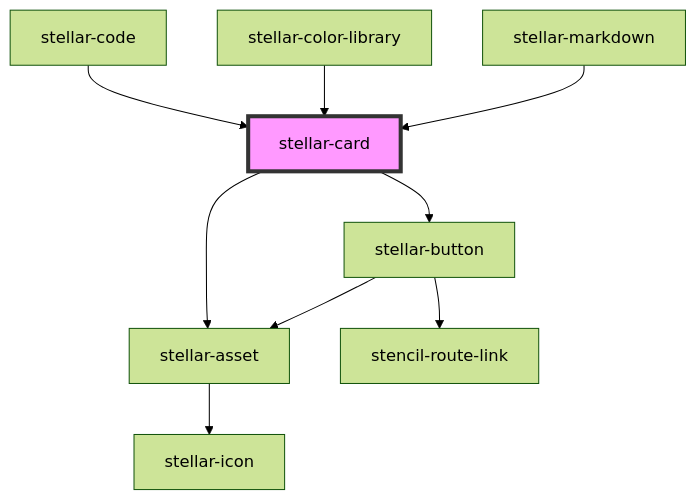
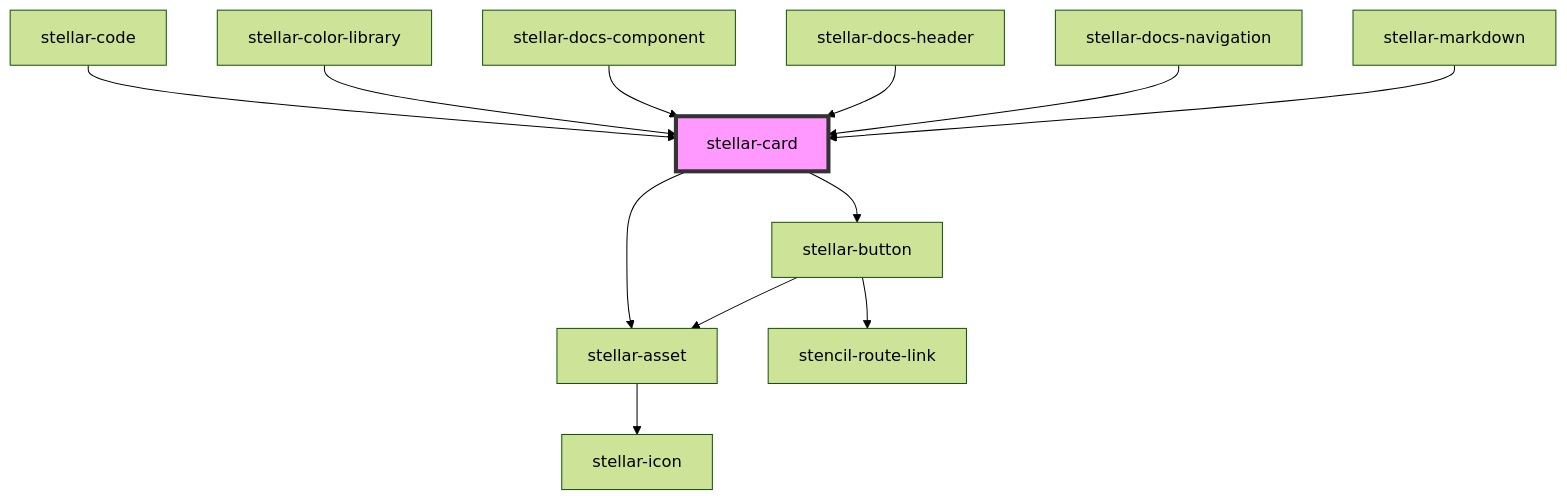
The diagram in src/components/ui/card/readme.md (splitinfinities/Stellar), drawn with Mermaid (forest theme) before and after one commit. The commit also changed other lines of this file and 50 other files, not shown here.

````diff
--- a/src/components/ui/card/readme.md
+++ b/src/components/ui/card/readme.md
@@ -112,12 +115,15 @@
 ```mermaid
 graph TD;
   stellar-card --> stellar-button
   stellar-card --> stellar-asset
   stellar-button --> stellar-asset
   stellar-button --> stencil-route-link
   stellar-asset --> stellar-icon
   stellar-code --> stellar-card
   stellar-color-library --> stellar-card
+  stellar-docs-component --> stellar-card
+  stellar-docs-header --> stellar-card
+  stellar-docs-navigation --> stellar-card
   stellar-markdown --> stellar-card
   style stellar-card fill:#f9f,stroke:#333,stroke-width:4px
 ```
````
